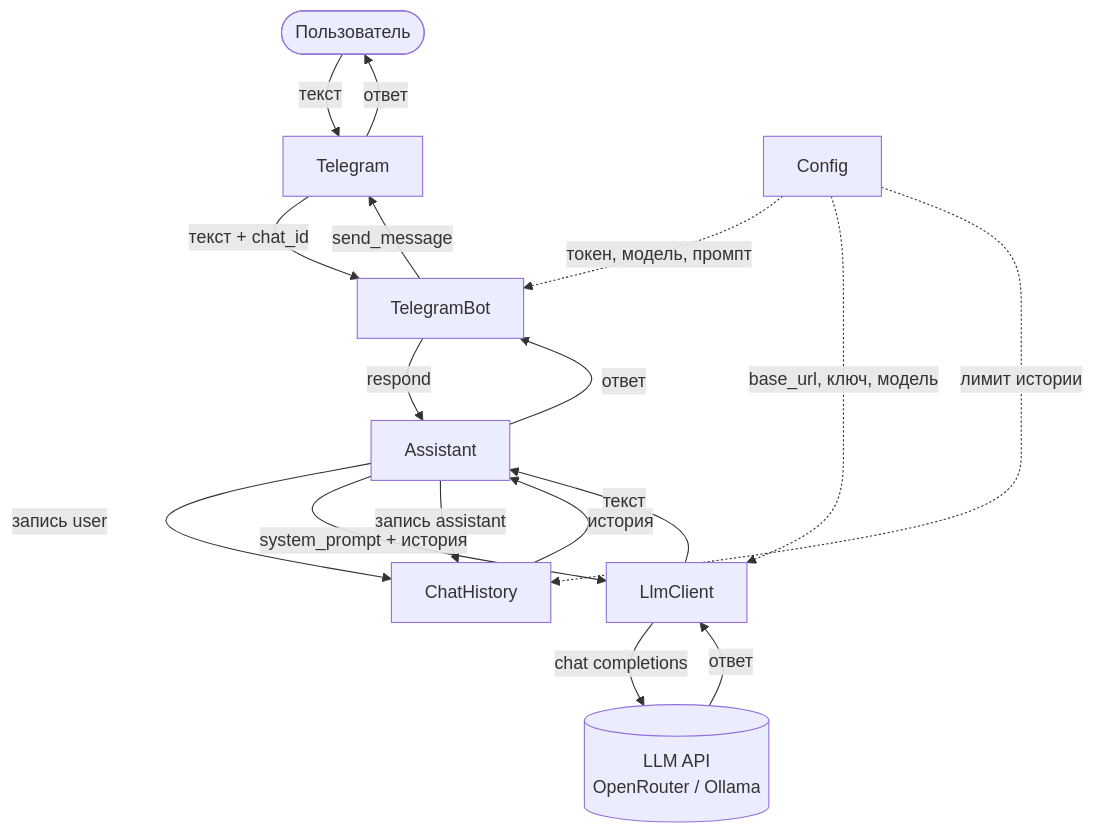
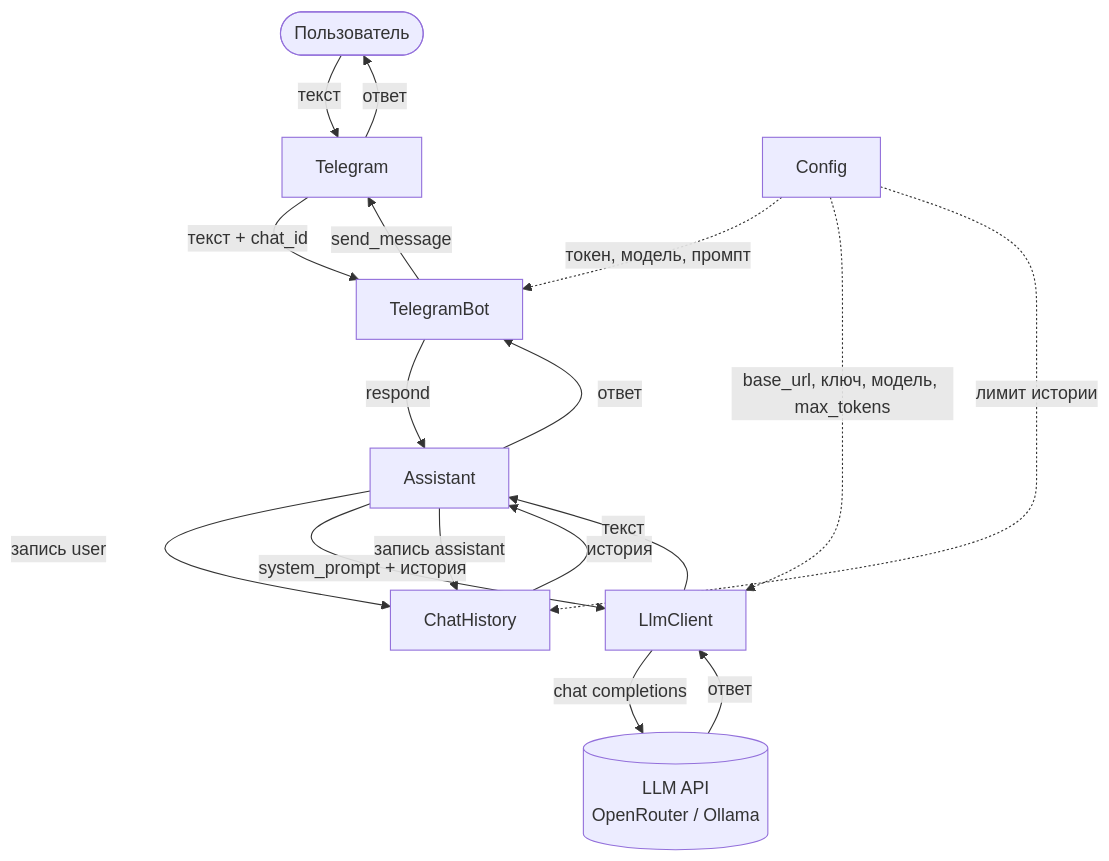
Before and after one commit to kbb78/llmstart-aidd: the diagram in README.md, drawn with Mermaid. The commit also changed other lines of this file and 4 other files, not shown here.

Commit message:
Лимит ответа LLM: LLM_MAX_TOKENS=500 в конфиге и вызове модели

````diff
--- a/README.md
+++ b/README.md
@@ -30,29 +31,29 @@
 ```mermaid
 flowchart TD
     User([Пользователь])
     TG[Telegram]
     Bot[TelegramBot]
     Asst[Assistant]
     Hist[ChatHistory]
     LLM_C[LlmClient]
     LLM_API[("LLM API\nOpenRouter / Ollama")]
     Cfg[Config]
 
     User -- текст --> TG
     TG -- "текст + chat_id" --> Bot
     Bot -- respond --> Asst
     Asst -- "запись user" --> Hist
     Hist -- история --> Asst
     Asst -- "system_prompt + история" --> LLM_C
     LLM_C -- chat completions --> LLM_API
     LLM_API -- ответ --> LLM_C
     LLM_C -- текст --> Asst
     Asst -- "запись assistant" --> Hist
     Asst -- ответ --> Bot
     Bot -- send_message --> TG
     TG -- ответ --> User
 
     Cfg -. токен, модель, промпт .-> Bot
-    Cfg -. base_url, ключ, модель .-> LLM_C
+    Cfg -. base_url, ключ, модель, max_tokens .-> LLM_C
     Cfg -. лимит истории .-> Hist
 ```
````
